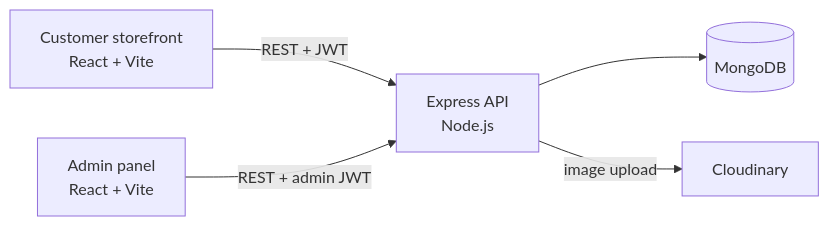
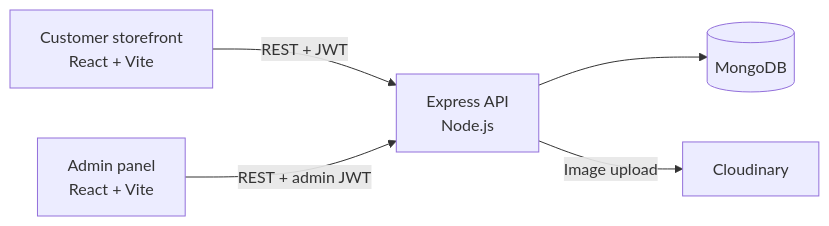
The diagram in README.md (AzmariSultana/Florazon), drawn with Mermaid before and after one commit. The commit also changed other lines of this file and 7 other files, not shown here.

````diff
--- a/README.md
+++ b/README.md
@@ -123,7 +96,7 @@
 ```mermaid
 flowchart LR
     C["Customer storefront<br/>React + Vite"] -->|REST + JWT| API
     A["Admin panel<br/>React + Vite"] -->|REST + admin JWT| API
     API["Express API<br/>Node.js"] --> DB[("MongoDB")]
-    API -->|image upload| CL["Cloudinary"]
+    API -->|Image upload| CL["Cloudinary"]
 ```
````
